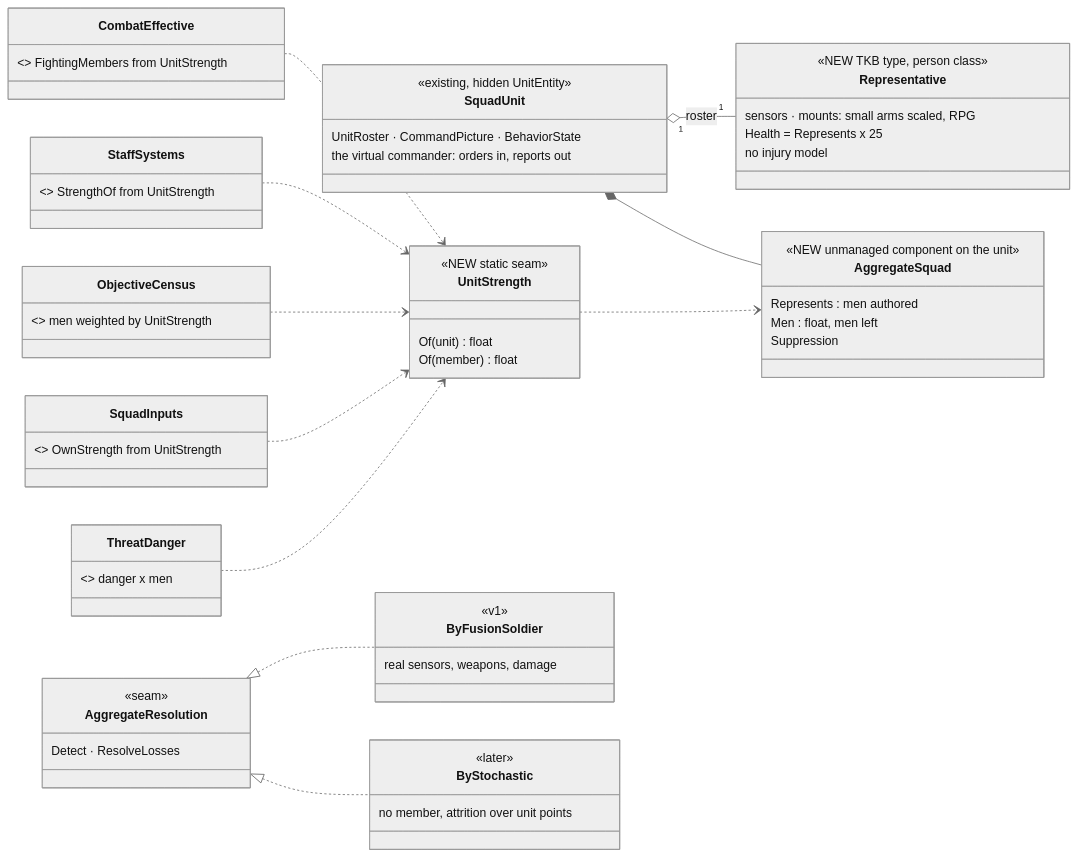
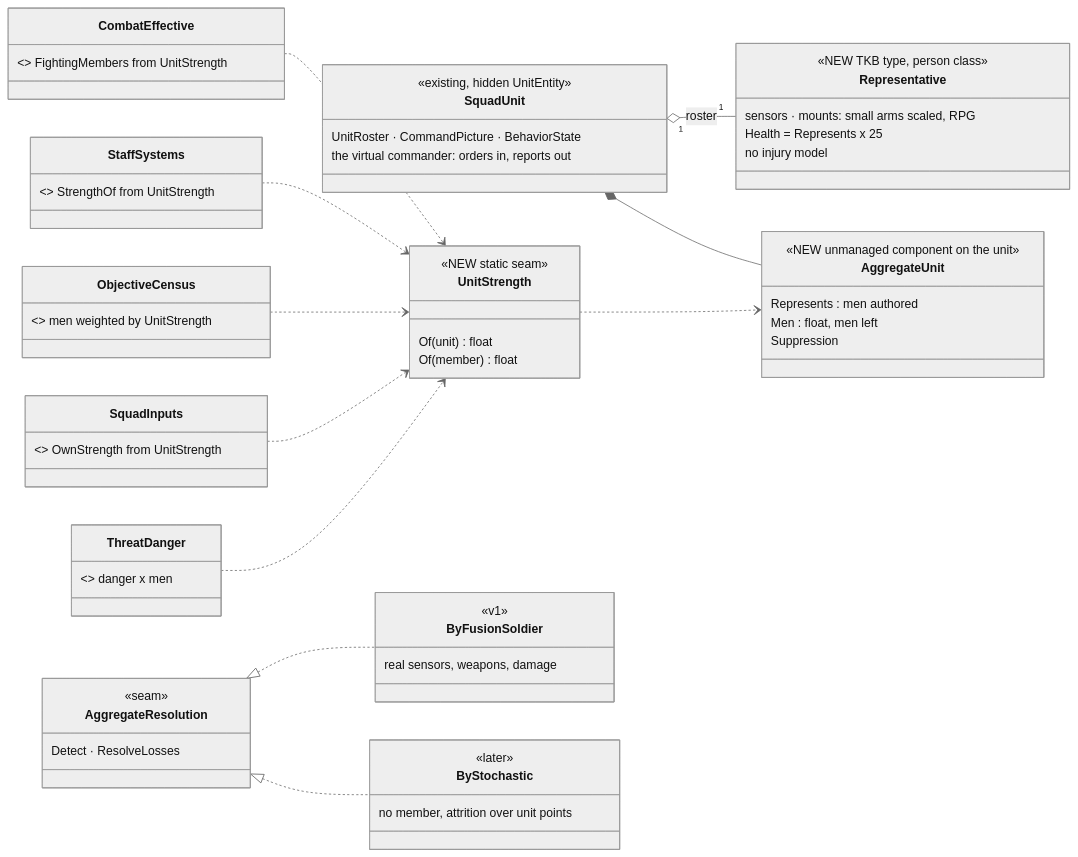
One commit to pjanec/HROT changed the first of 5 diagrams in docs/designs/aggregate-units/DESIGN_Aggregate_Squad.md. Above: the diagram before and after it, drawn with Mermaid (neutral theme). The commit also changed other lines of this file and 2 other files, not shown here.

First line of the commit message:
docs(CE-4611): SV-1…SV-15 ruled (R-4252); AggregateUnit, neutral type, per-slot table into A-2

````diff
--- a/docs/designs/aggregate-units/DESIGN_Aggregate_Squad.md
+++ b/docs/designs/aggregate-units/DESIGN_Aggregate_Squad.md
@@ -57,53 +57,53 @@
 ```mermaid
 classDiagram
   direction LR
   class SquadUnit {
     <<existing, hidden UnitEntity>>
     UnitRoster · CommandPicture · BehaviorState
     the virtual commander: orders in, reports out
   }
-  class AggregateSquad {
+  class AggregateUnit {
     <<NEW unmanaged component on the unit>>
     Represents : men authored
     Men : float, men left
     Suppression
   }
   class Representative {
     <<NEW TKB type, person class>>
     sensors · mounts: small arms scaled, RPG
     Health = Represents x 25
     no injury model
   }
   class UnitStrength {
     <<NEW static seam>>
     Of(unit) float
     Of(member) float
   }
   class AggregateResolution {
     <<seam>>
     Detect · ResolveLosses
   }
   class ByFusionSoldier {
     <<v1>>
     real sensors, weapons, damage
   }
   class ByStochastic {
     <<later>>
     no member, attrition over unit points
   }
   class CombatEffective { <<existing, EXTENDED>> FightingMembers from UnitStrength }
   class StaffSystems { <<existing, EXTENDED>> StrengthOf from UnitStrength }
   class ObjectiveCensus { <<existing, EXTENDED>> men weighted by UnitStrength }
   class SquadInputs { <<existing, EXTENDED>> OwnStrength from UnitStrength }
   class ThreatDanger { <<existing, EXTENDED>> danger x men }
   SquadUnit "1" o-- "1" Representative : roster
-  SquadUnit *-- AggregateSquad
+  SquadUnit *-- AggregateUnit
   AggregateResolution <|.. ByFusionSoldier
   AggregateResolution <|.. ByStochastic
-  UnitStrength ..> AggregateSquad
+  UnitStrength ..> AggregateUnit
   CombatEffective ..> UnitStrength
   StaffSystems ..> UnitStrength
   ObjectiveCensus ..> UnitStrength
   SquadInputs ..> UnitStrength
   ThreatDanger ..> UnitStrength
 ```
````
